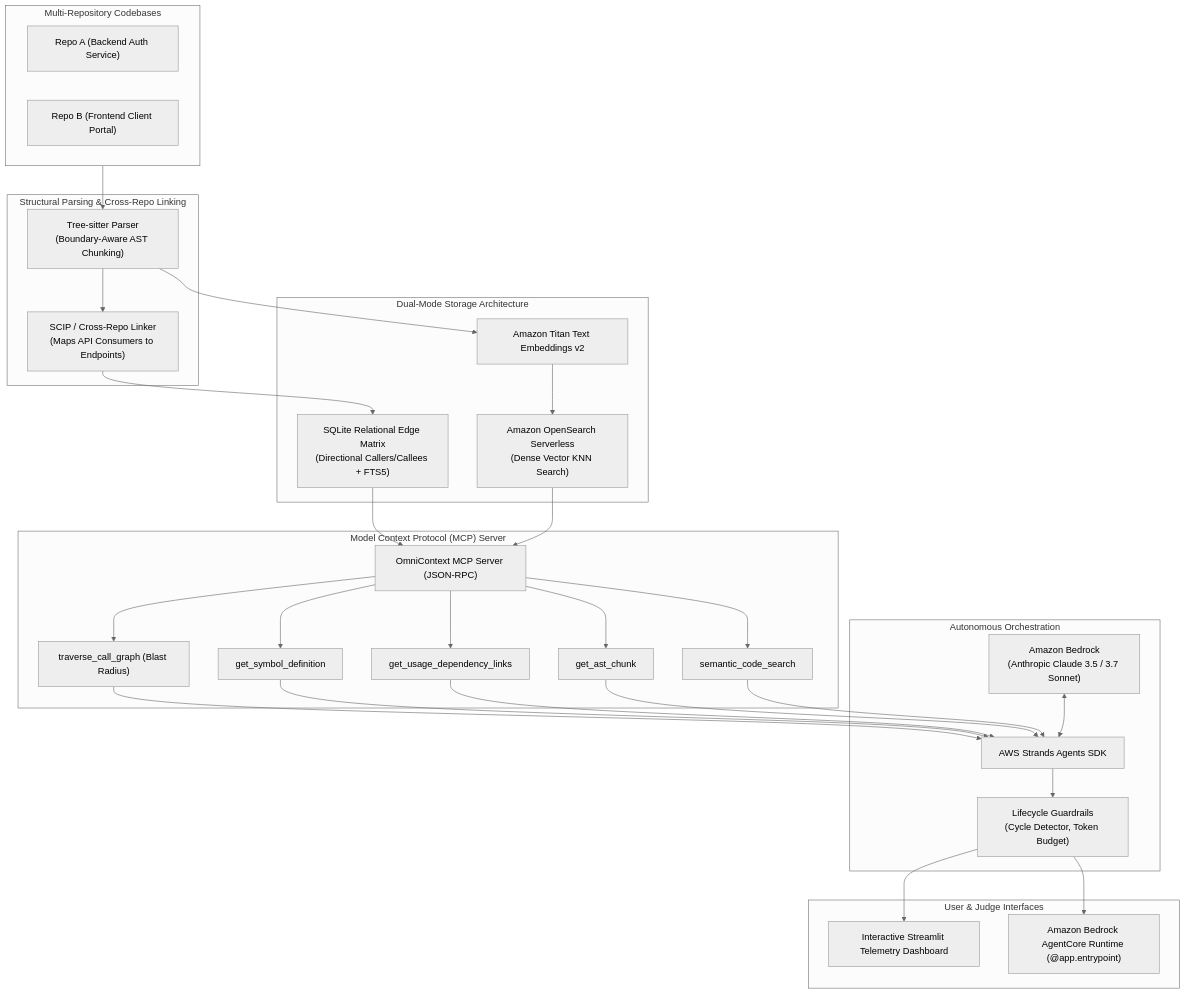
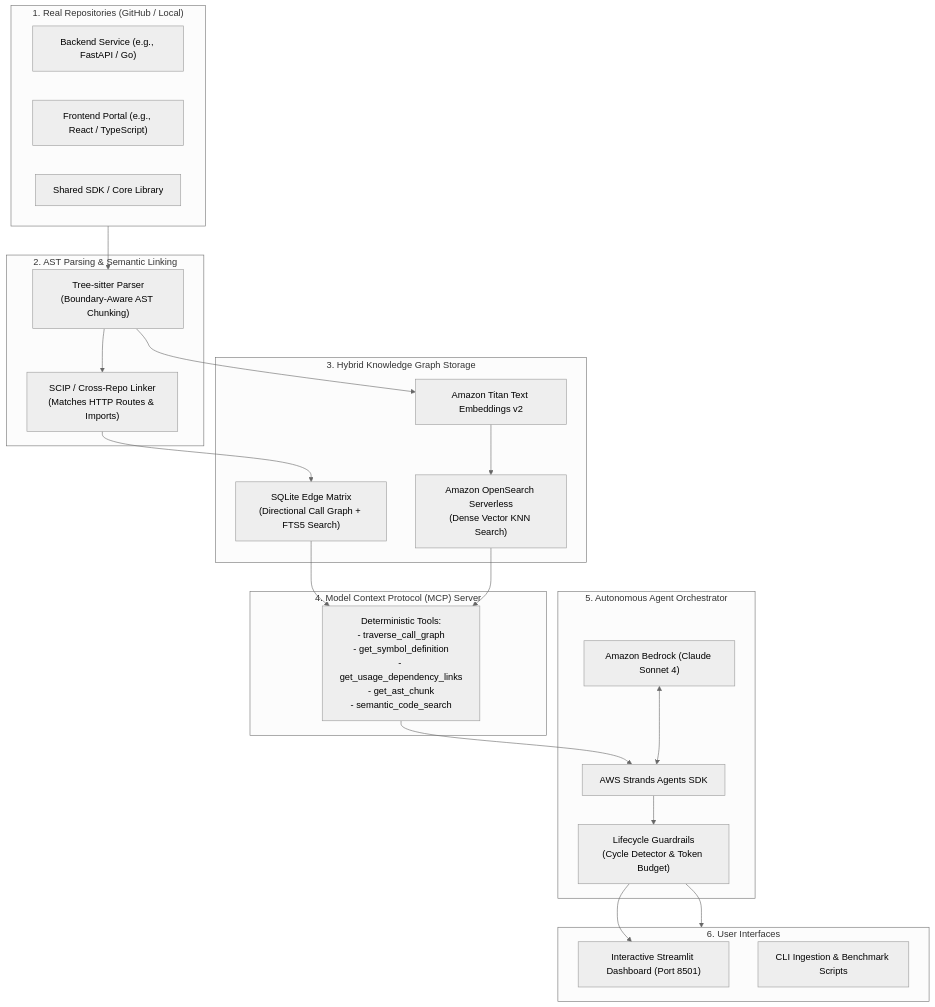
Before and after one commit to CrossContext/CrossContext: the diagram in README.md, drawn with Mermaid (neutral theme). The commit also changed other lines of this file, not shown here.

````diff
--- a/README.md
+++ b/README.md
@@ -27,47 +169,42 @@
 ```mermaid
 flowchart TB
-    subgraph Repos["Multi-Repository Codebases"]
-        RepoA["Repo A (Backend Auth Service)"]
-        RepoB["Repo B (Frontend Client Portal)"]
+    subgraph Repos["1. Real Repositories (GitHub / Local)"]
+        RepoA["Backend Service (e.g., FastAPI / Go)"]
+        RepoB["Frontend Portal (e.g., React / TypeScript)"]
+        RepoC["Shared SDK / Core Library"]
     end
 
-    subgraph ParserLayer["Structural Parsing & Cross-Repo Linking"]
+    subgraph ParsingEngine["2. AST Parsing & Semantic Linking"]
         TS["Tree-sitter Parser\n(Boundary-Aware AST Chunking)"]
-        Linker["SCIP / Cross-Repo Linker\n(Maps API Consumers to Endpoints)"]
+        Linker["SCIP / Cross-Repo Linker\n(Matches HTTP Routes & Imports)"]
     end
 
-    subgraph StorageLayer["Dual-Mode Storage Architecture"]
-        SQLite["SQLite Relational Edge Matrix\n(Directional Callers/Callees + FTS5)"]
+    subgraph StorageLayer["3. Hybrid Knowledge Graph Storage"]
+        SQLite["SQLite Edge Matrix\n(Directional Call Graph + FTS5 Search)"]
         AOSS["Amazon OpenSearch Serverless\n(Dense Vector KNN Search)"]
         Titan["Amazon Titan Text Embeddings v2"]
     end
 
-    subgraph MCPGatekeeper["Model Context Protocol (MCP) Server"]
-        MCPServer["OmniContext MCP Server (JSON-RPC)"]
-        T1["traverse_call_graph (Blast Radius)"]
-        T2["get_symbol_definition"]
-        T3["get_usage_dependency_links"]
-        T4["get_ast_chunk"]
-        T5["semantic_code_search"]
+    subgraph MCPGatekeeper["4. Model Context Protocol (MCP) Server"]
+        Tools["Deterministic Tools:\n- traverse_call_graph\n- get_symbol_definition\n- get_usage_dependency_links\n- get_ast_chunk\n- semantic_code_search"]
     end
 
-    subgraph AgentLoop["Autonomous Orchestration"]
+    subgraph AgentCore["5. Autonomous Agent Orchestrator"]
         Strands["AWS Strands Agents SDK"]
-        Bedrock["Amazon Bedrock\n(Anthropic Claude 3.5 / 3.7 Sonnet)"]
-        Guardrails["Lifecycle Guardrails\n(Cycle Detector, Token Budget)"]
+        Bedrock["Amazon Bedrock (Claude Sonnet 4)"]
+        Guardrails["Lifecycle Guardrails\n(Cycle Detector & Token Budget)"]
     end
 
-    subgraph Interface["User & Judge Interfaces"]
-        UI["Interactive Streamlit Telemetry Dashboard"]
-        Runtime["Amazon Bedrock AgentCore Runtime (@app.entrypoint)"]
+    subgraph Interfaces["6. User Interfaces"]
+        UI["Interactive Streamlit Dashboard (Port 8501)"]
+        CLI["CLI Ingestion & Benchmark Scripts"]
     end
 
     Repos --> TS --> Linker
     Linker --> SQLite
     TS --> Titan --> AOSS
-    SQLite & AOSS --> MCPServer
-    MCPServer --> T1 & T2 & T3 & T4 & T5
-    T1 & T2 & T3 & T4 & T5 --> Strands
+    SQLite & AOSS --> Tools
+    Tools --> Strands
     Bedrock <--> Strands
-    Strands --> Guardrails --> UI & Runtime
+    Strands --> Guardrails --> UI & Interfaces
 ```
````
